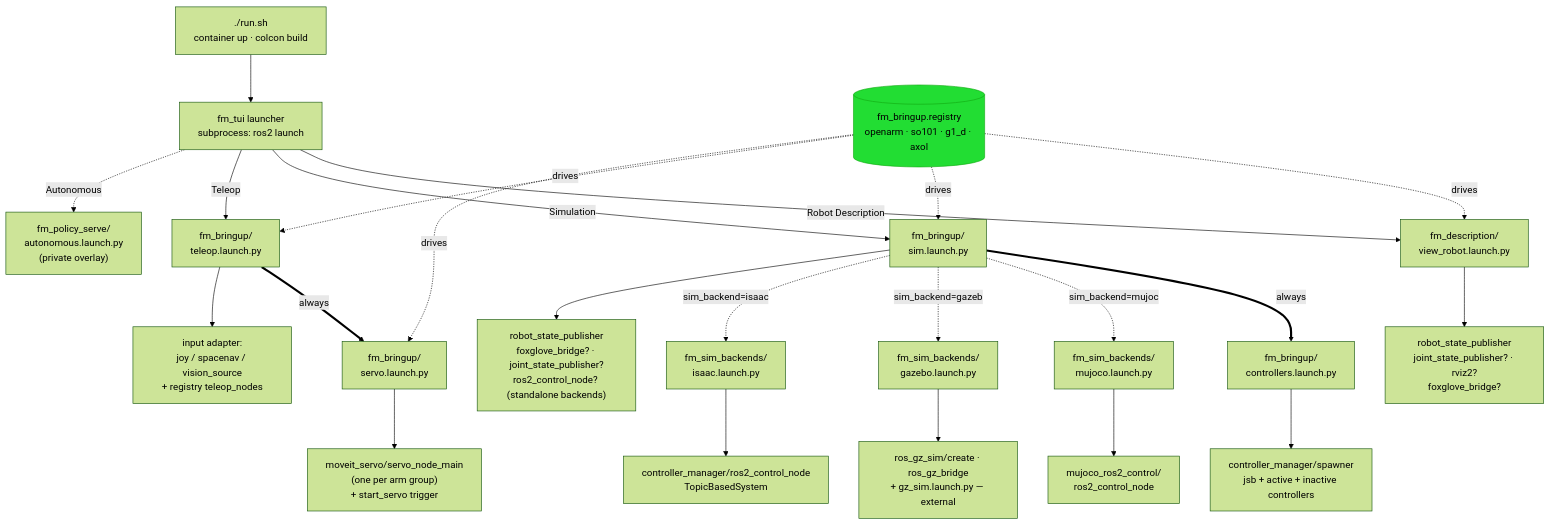
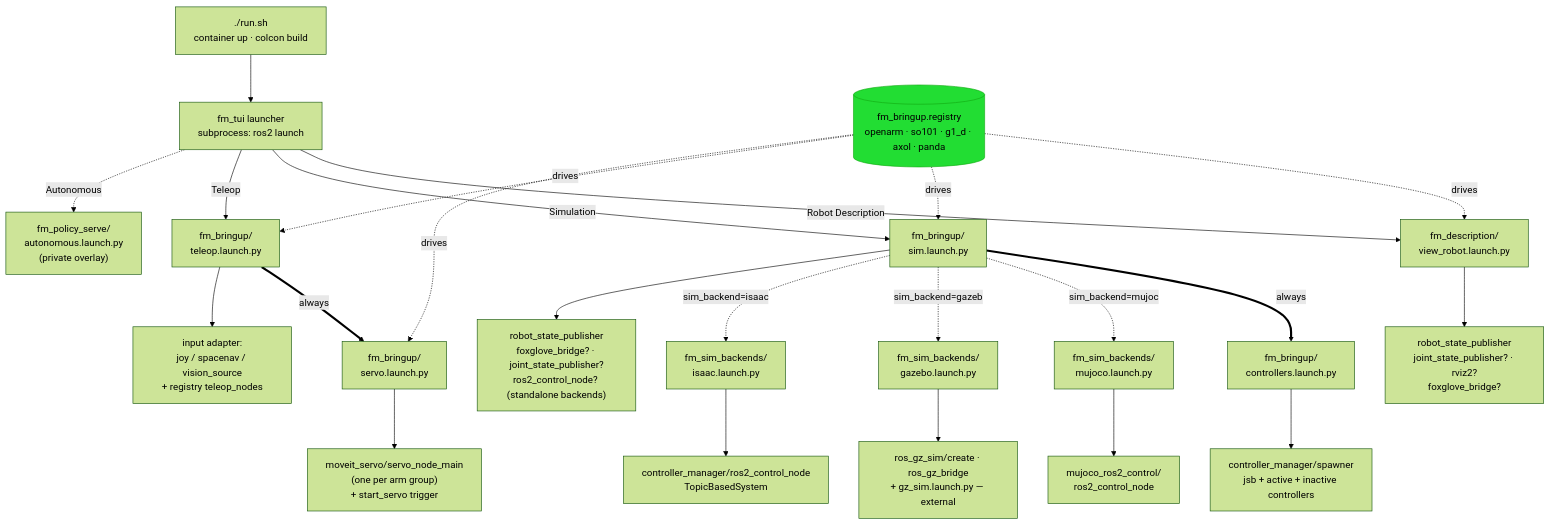
One commit to first-motive/fm-app changed the first of 2 diagrams in docs/ARCHITECTURE.md. Above: the diagram before and after it, drawn with Mermaid (forest theme). The commit also changed 14 other files, not shown here.

Commit message:
feat: add panda bringup (#68)

````diff
--- a/docs/ARCHITECTURE.md
+++ b/docs/ARCHITECTURE.md
@@ -55,39 +55,39 @@
 ```mermaid
 flowchart TD
     run["./run.sh<br/>container up · colcon build"]
     run --> tui["fm_tui launcher<br/>subprocess: ros2 launch"]
-    reg[("fm_bringup.registry<br/>openarm · so101 · g1_d · axol")]
+    reg[("fm_bringup.registry<br/>openarm · so101 · g1_d · axol · panda")]
 
     tui -->|Robot Description| view["fm_description/<br/>view_robot.launch.py"]
     tui -->|Simulation| sim["fm_bringup/<br/>sim.launch.py"]
     tui -->|Teleop| teleop["fm_bringup/<br/>teleop.launch.py"]
     tui -.->|Autonomous| auto["fm_policy_serve/<br/>autonomous.launch.py<br/>(private overlay)"]
 
     %% sim subtree
     sim ==>|always| ctrl["fm_bringup/<br/>controllers.launch.py"]
     sim -.sim_backend=mujoco.-> muj["fm_sim_backends/<br/>mujoco.launch.py"]
     sim -.sim_backend=gazebo.-> gz["fm_sim_backends/<br/>gazebo.launch.py"]
     sim -.sim_backend=isaac.-> isaac["fm_sim_backends/<br/>isaac.launch.py"]
 
     %% teleop subtree
     teleop ==>|always| servo["fm_bringup/<br/>servo.launch.py"]
 
     %% node spawns
     view --> vn["robot_state_publisher<br/>joint_state_publisher? · rviz2?<br/>foxglove_bridge?"]
     sim --> sn["robot_state_publisher<br/>foxglove_bridge? · joint_state_publisher?<br/>ros2_control_node? (standalone backends)"]
     ctrl --> cn["controller_manager/spawner<br/>jsb + active + inactive controllers"]
     servo --> svn["moveit_servo/servo_node_main<br/>(one per arm group)<br/>+ start_servo trigger"]
     teleop --> tn["input adapter:<br/>joy / spacenav / vision_source<br/>+ registry teleop_nodes"]
     muj --> mn["mujoco_ros2_control/<br/>ros2_control_node"]
     gz --> gn["ros_gz_sim/create · ros_gz_bridge<br/>+ gz_sim.launch.py — external"]
     isaac --> in2["controller_manager/ros2_control_node<br/>TopicBasedSystem"]
 
     reg -.drives.-> view
     reg -.drives.-> sim
     reg -.drives.-> teleop
     reg -.drives.-> servo
 
     classDef ext fill:#444,stroke:#888,color:#ddd;
     classDef reg fill:#2d3,stroke:#1a1,color:#000;
     class reg reg;
 ```
````
